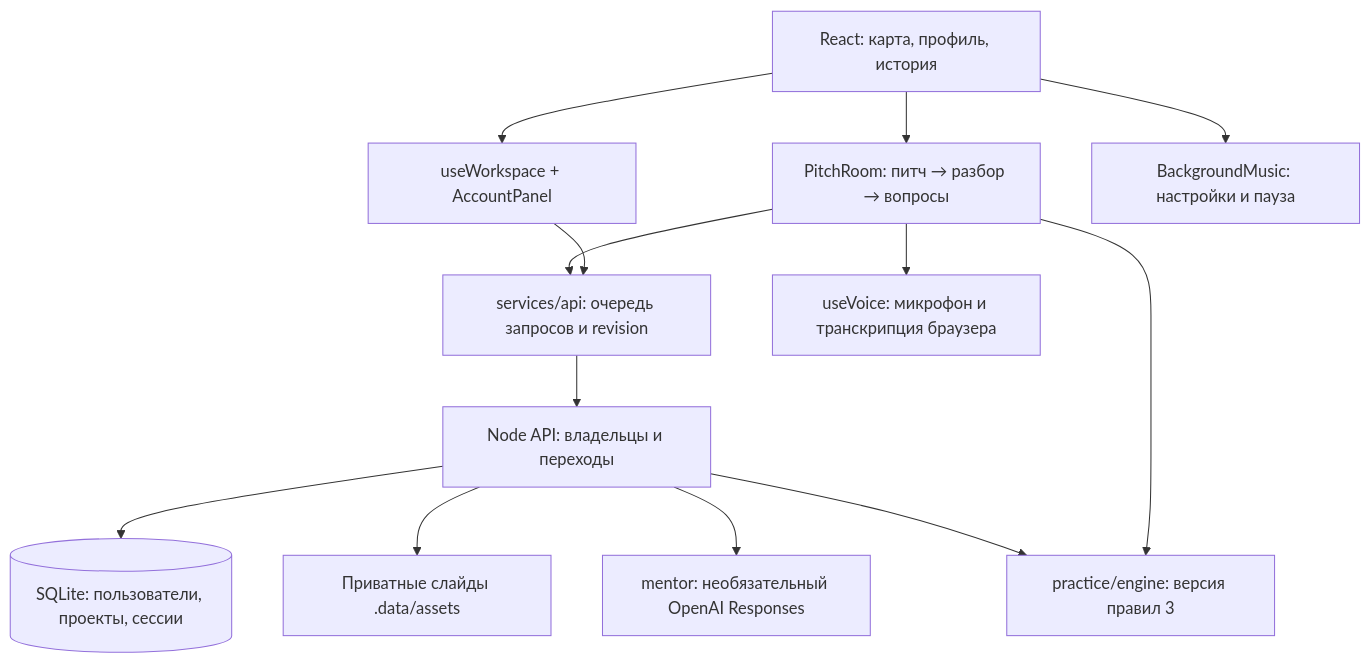
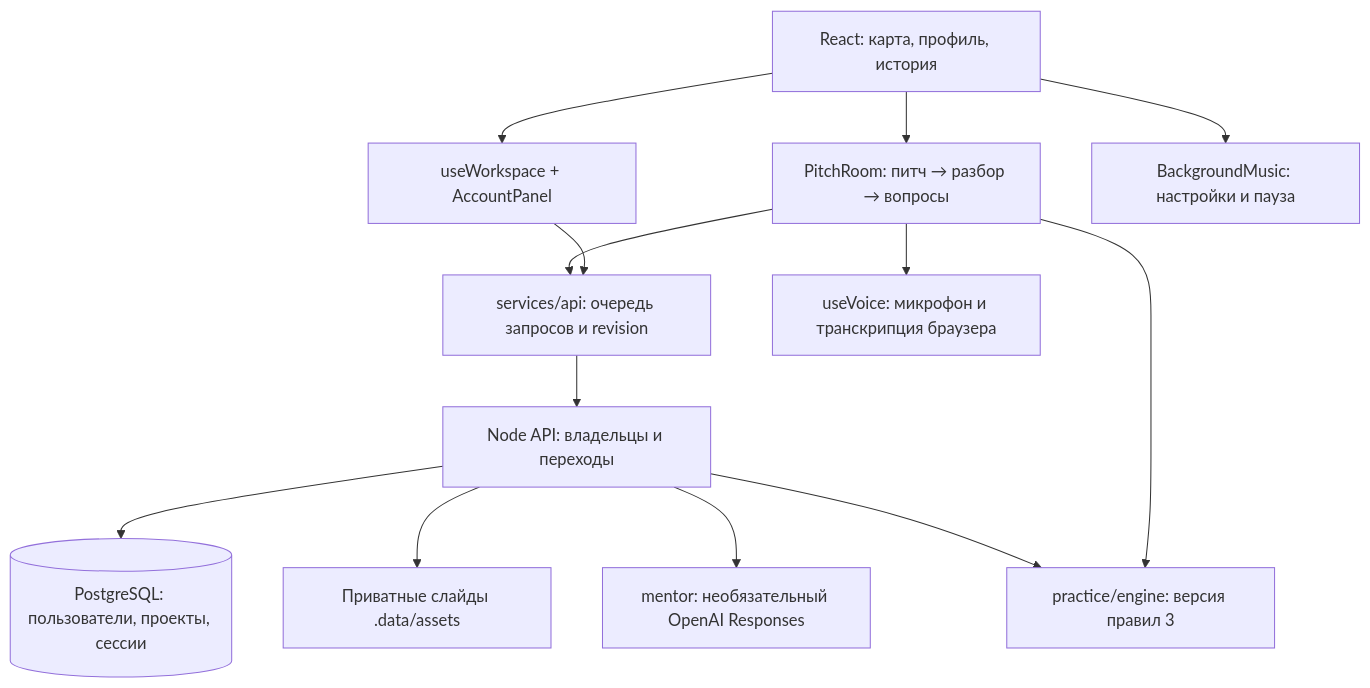
One commit to satkan-satkan/Pitch-Arena changed the first of 2 diagrams in docs/ARCHITECTURE.md. Above: the diagram before and after it, drawn with Mermaid. The commit also changed other lines of this file and 42 other files, not shown here.

Commit message:
Move persistence to PostgreSQL and add owner administration

````diff
--- a/docs/ARCHITECTURE.md
+++ b/docs/ARCHITECTURE.md
@@ -9,15 +9,15 @@
 ```mermaid
 flowchart TD
   UI[React: карта, профиль, история] --> Room[PitchRoom: питч → разбор → вопросы]
   UI --> Workspace[useWorkspace + AccountPanel]
   Room --> Client[services/api: очередь запросов и revision]
   Workspace --> Client
   Client --> API[Node API: владельцы и переходы]
-  API --> DB[(SQLite: пользователи, проекты, сессии)]
+  API --> DB[(PostgreSQL: пользователи, проекты, сессии)]
   API --> Files[Приватные слайды .data/assets]
   API --> Mentor[mentor: необязательный OpenAI Responses]
   API --> Rules[practice/engine: версия правил 3]
   Room --> Rules
   Room --> Voice[useVoice: микрофон и транскрипция браузера]
   UI --> Music[BackgroundMusic: настройки и пауза]
 ```
````
